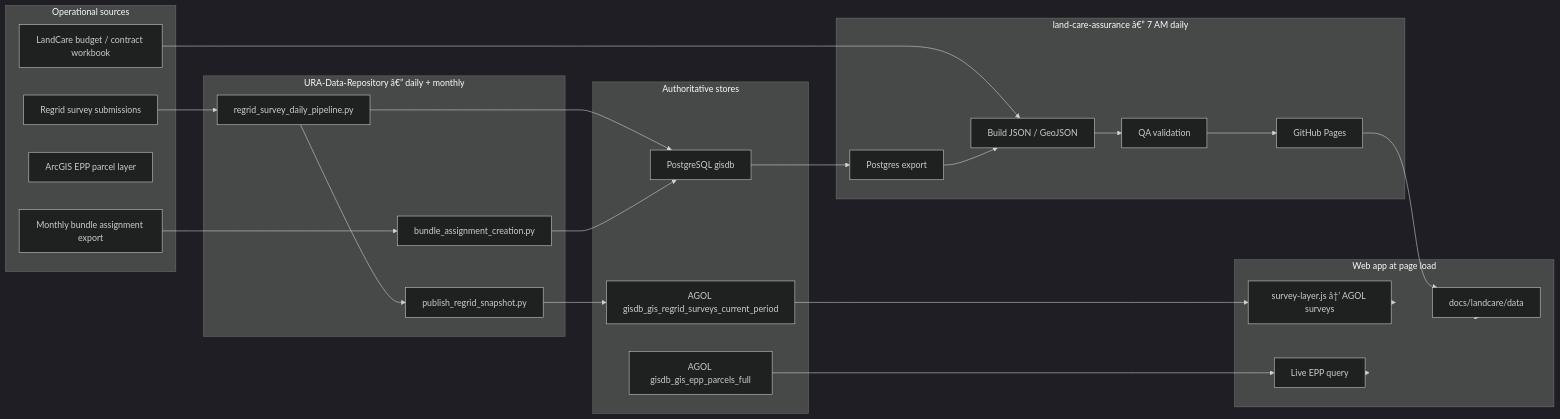
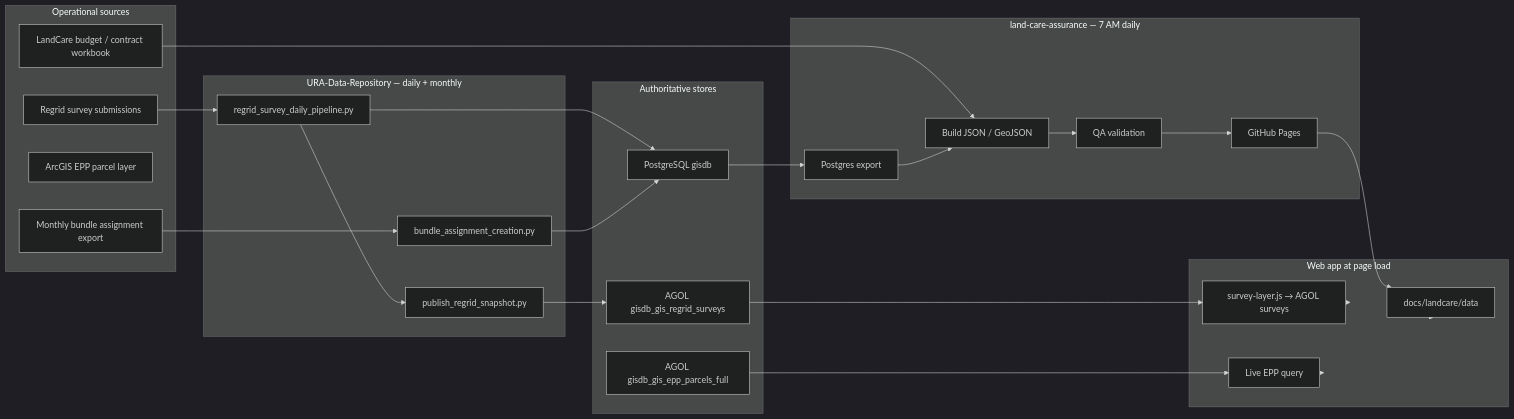
Before and after one commit to rutomo-ura/land-care-assurance: the first of 4 diagrams in docs/landcare-data-engineering-flow.md, drawn with Mermaid (dark theme). The commit also changed other lines of this file and 10 other files, not shown here.

Commit message:
Use all-period AGOL survey layer

````diff
--- a/docs/landcare-data-engineering-flow.md
+++ b/docs/landcare-data-engineering-flow.md
@@ -7,50 +7,50 @@
 ```mermaid
 flowchart LR
     subgraph Sources["Operational sources"]
         Regrid["Regrid survey submissions"]
         BundleExport["Monthly bundle assignment export"]
         EPP["ArcGIS EPP parcel layer"]
         Budget["LandCare budget / contract workbook"]
     end
 
-    subgraph Upstream["URA-Data-Repository â€” daily + monthly"]
+    subgraph Upstream["URA-Data-Repository — daily + monthly"]
         SurveyPipe["regrid_survey_daily_pipeline.py"]
         BundlePipe["bundle_assignment_creation.py"]
         AgolPub["publish_regrid_snapshot.py"]
     end
 
     subgraph Store["Authoritative stores"]
         PG["PostgreSQL gisdb"]
-        AGOLSurvey["AGOL gisdb_gis_regrid_surveys_current_period"]
+        AGOLSurvey["AGOL gisdb_gis_regrid_surveys"]
         AGOLEpp["AGOL gisdb_gis_epp_parcels_full"]
     end
 
-    subgraph Publish["land-care-assurance â€” 7 AM daily"]
+    subgraph Publish["land-care-assurance — 7 AM daily"]
         Export["Postgres export"]
         Build["Build JSON / GeoJSON"]
         Validate["QA validation"]
         GitHub["GitHub Pages"]
     end
 
     subgraph Runtime["Web app at page load"]
-        SurveyLive["survey-layer.js â†’ AGOL surveys"]
+        SurveyLive["survey-layer.js → AGOL surveys"]
         EppLive["Live EPP query"]
         StaticJSON["docs/landcare/data"]
     end
 
     Regrid --> SurveyPipe
     BundleExport --> BundlePipe
     SurveyPipe --> PG
     SurveyPipe --> AgolPub
     AgolPub --> AGOLSurvey
     BundlePipe --> PG
     Budget --> Build
 
     PG --> Export --> Build --> Validate --> GitHub
     GitHub --> StaticJSON
     AGOLSurvey --> SurveyLive
     AGOLEpp --> EppLive
     StaticJSON --> Runtime
     SurveyLive --> Runtime
     EppLive --> Runtime
 ```
````
